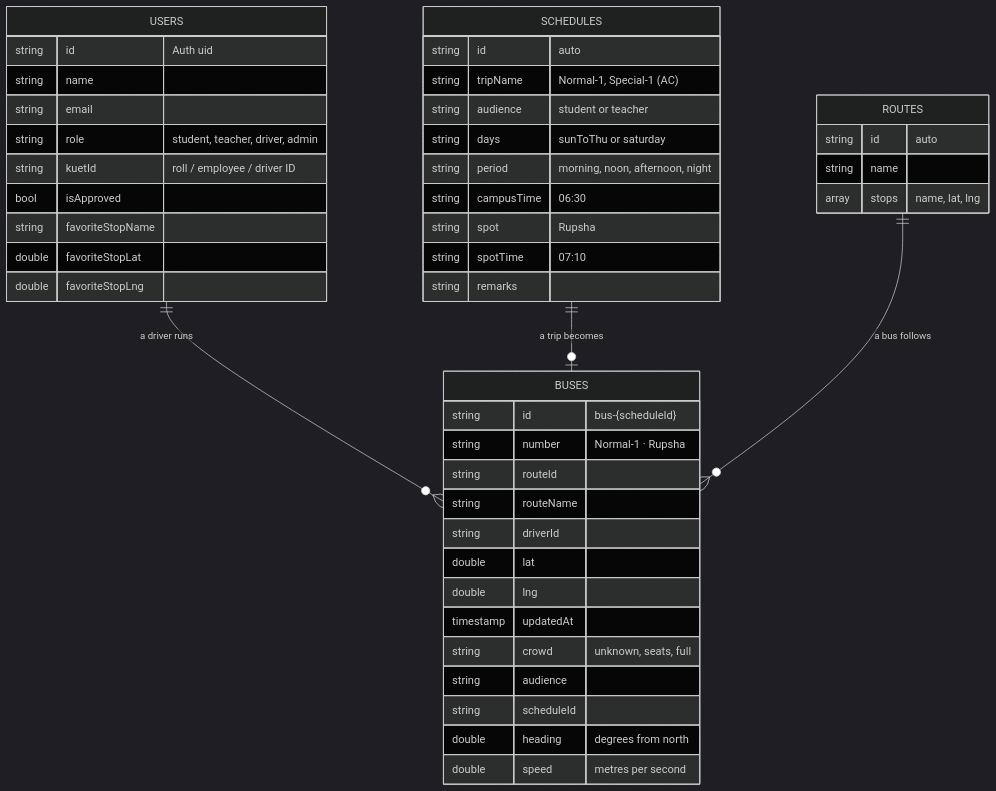
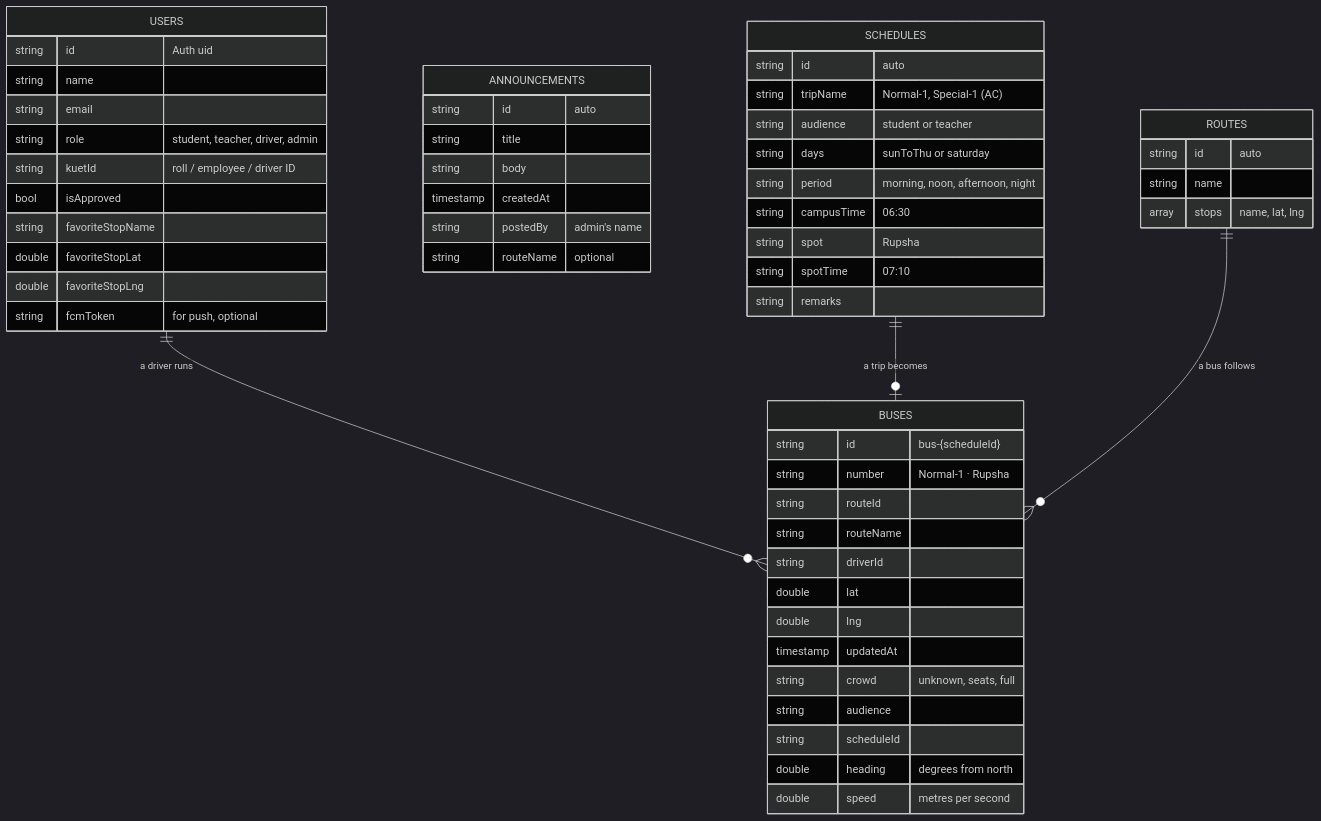
One commit to shadowfax-505/KUETBusLive changed diagram 24 of 27 in README.md. Above: the diagram before and after it, drawn with Mermaid (dark theme). The commit also changed other lines of this file and 9 other files, not shown here.

Commit message:
Document the widget, Live Activity, route editor, announcements, Bangla and push

````diff
--- a/README.md
+++ b/README.md
@@ -666,49 +951,58 @@
 ```mermaid
 erDiagram
     USERS {
         string id "Auth uid"
         string name
         string email
         string role "student, teacher, driver, admin"
         string kuetId "roll / employee / driver ID"
         bool isApproved
         string favoriteStopName
         double favoriteStopLat
         double favoriteStopLng
+        string fcmToken "for push, optional"
+    }
+    ANNOUNCEMENTS {
+        string id "auto"
+        string title
+        string body
+        timestamp createdAt
+        string postedBy "admin's name"
+        string routeName "optional"
     }
     SCHEDULES {
         string id "auto"
         string tripName "Normal-1, Special-1 (AC)"
         string audience "student or teacher"
         string days "sunToThu or saturday"
         string period "morning, noon, afternoon, night"
         string campusTime "06:30"
         string spot "Rupsha"
         string spotTime "07:10"
         string remarks
     }
     ROUTES {
         string id "auto"
         string name
         array stops "name, lat, lng"
     }
     BUSES {
         string id "bus-{scheduleId}"
         string number "Normal-1 · Rupsha"
         string routeId
         string routeName
         string driverId
         double lat
         double lng
         timestamp updatedAt
         string crowd "unknown, seats, full"
         string audience
         string scheduleId
         double heading "degrees from north"
         double speed "metres per second"
     }
 
     USERS ||--o{ BUSES : "a driver runs"
     SCHEDULES ||--o| BUSES : "a trip becomes"
     ROUTES ||--o{ BUSES : "a bus follows"
 ```
````
